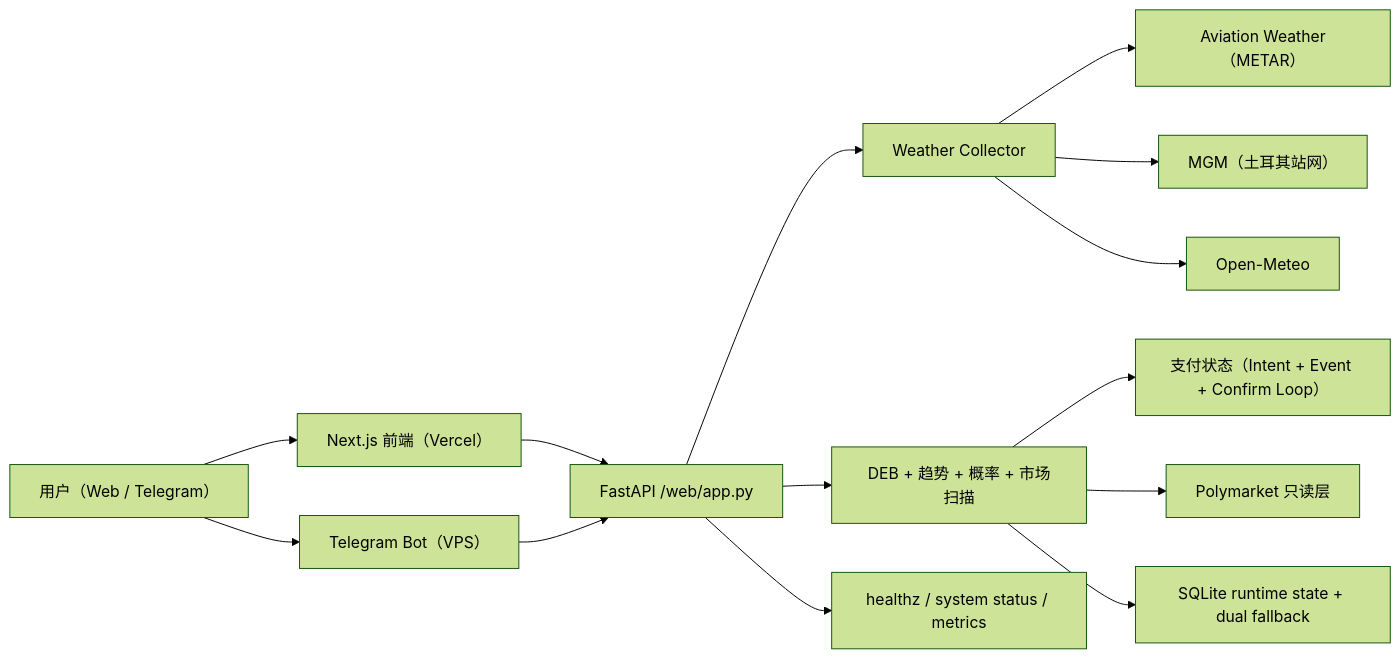
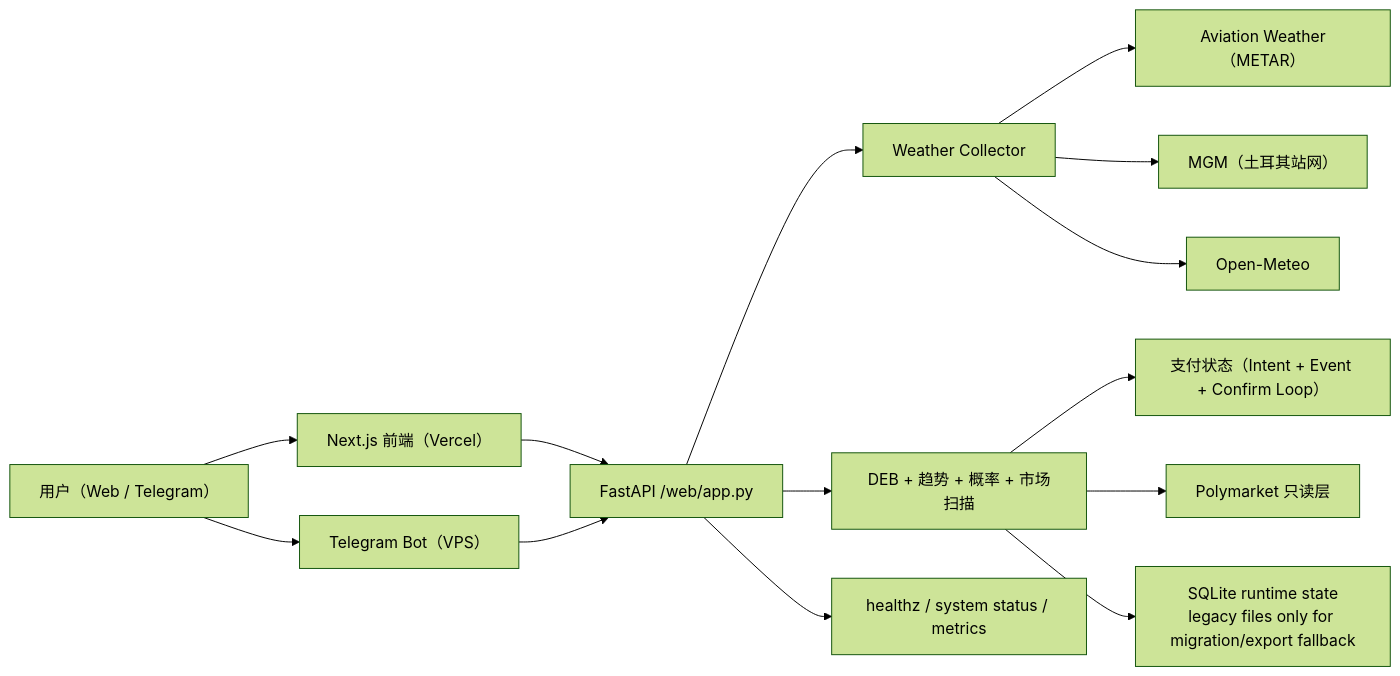
The diagram in README_ZH.md (ivanmladek/PolyWeather), drawn with Mermaid (forest theme) before and after one commit. The commit also changed other lines of this file and 18 other files, not shown here.

````diff
--- a/README_ZH.md
+++ b/README_ZH.md
@@ -51,18 +51,18 @@
 ```mermaid
 flowchart LR
     U["用户（Web / Telegram）"] --> FE["Next.js 前端（Vercel）"]
     U --> BOT["Telegram Bot（VPS）"]
     FE --> API["FastAPI /web/app.py"]
     BOT --> API
 
     API --> WX["Weather Collector"]
     WX --> METAR["Aviation Weather（METAR）"]
     WX --> MGM["MGM（土耳其站网）"]
     WX --> OM["Open-Meteo"]
 
     API --> ANA["DEB + 趋势 + 概率 + 市场扫描"]
     ANA --> PAY["支付状态（Intent + Event + Confirm Loop）"]
     ANA --> PM["Polymarket 只读层"]
     API --> OBS["healthz / system status / metrics"]
-    ANA --> STATE["SQLite runtime state + dual fallback"]
+    ANA --> STATE["SQLite runtime state<br/>legacy files only for migration/export fallback"]
 ```
````
